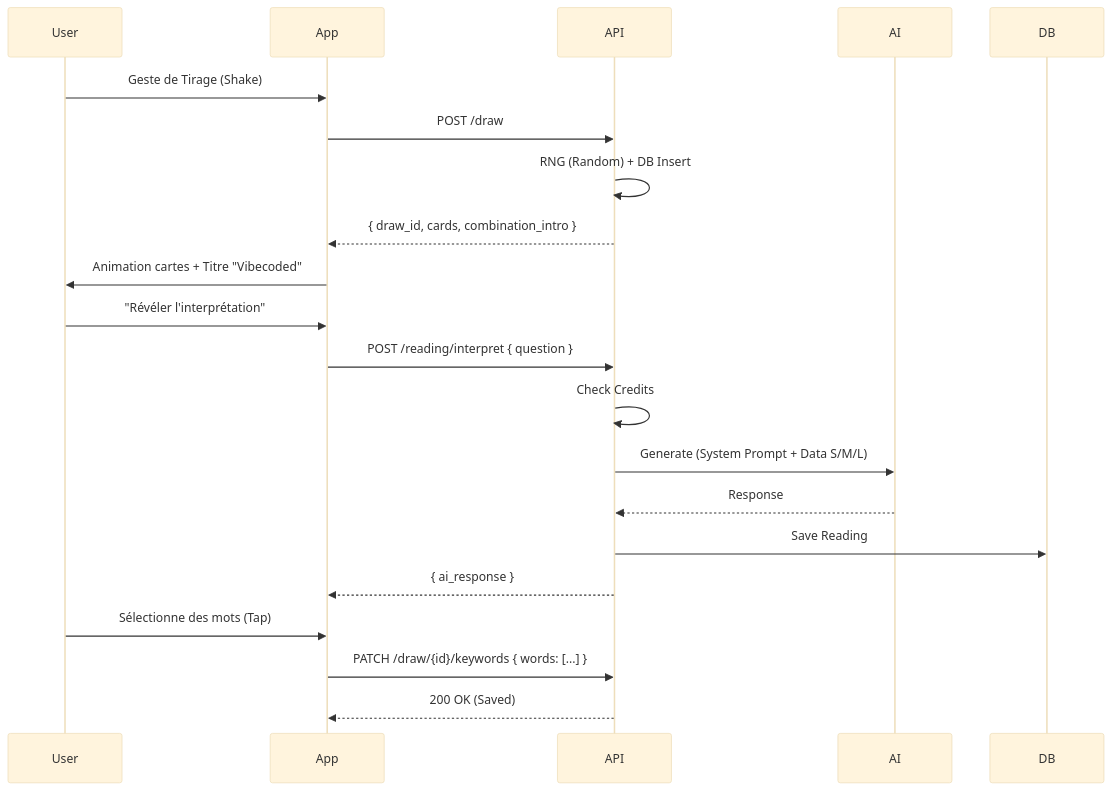
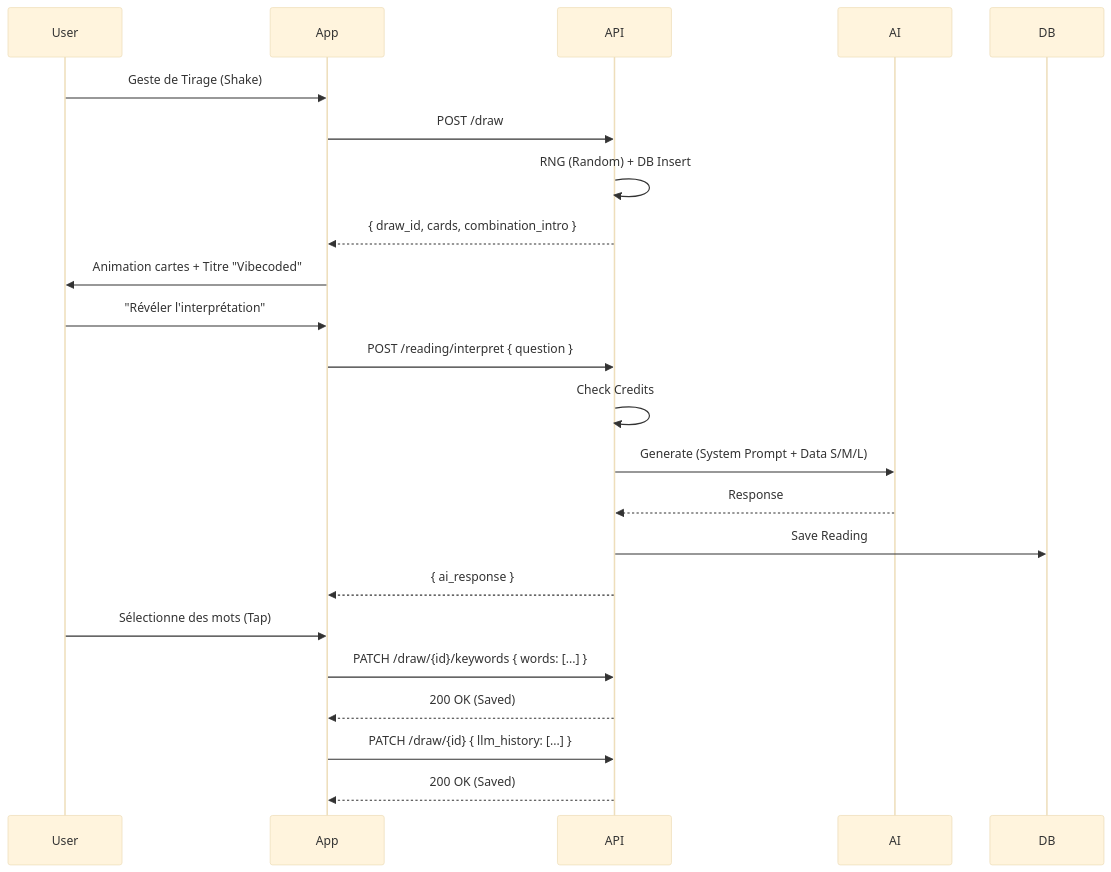
One commit to fnajman/zohar-cards-antigravity changed the third of 3 diagrams in prd/Tech_Notice.md. Above: the diagram before and after it, drawn with Mermaid (base theme). The commit also changed other lines of this file and 2 other files, not shown here.

Commit message:
docs: update memory and Tech_Notice for draw endpoints and bump version to v0.29

````diff
--- a/prd/Tech_Notice.md
+++ b/prd/Tech_Notice.md
@@ -233,30 +233,34 @@
 ```mermaid
 sequenceDiagram
     participant User
     participant App
     participant API
     participant AI
     
     %% RITUEL (DRAW)
     User->>App: Geste de Tirage (Shake)
     App->>API: POST /draw
     API->>API: RNG (Random) + DB Insert
     API-->>App: { draw_id, cards, combination_intro }
     
     App->>User: Animation cartes + Titre "Vibecoded"
     
     %% INTELLIGENCE (READING)
     User->>App: "Révéler l'interprétation"
     App->>API: POST /reading/interpret { question }
     
     API->>API: Check Credits
     API->>AI: Generate (System Prompt + Data S/M/L)
     AI-->>API: Response
     API->>DB: Save Reading
     API-->>App: { ai_response }
     
     %% RÉSONANCE (KEYWORDS)
     User->>App: Sélectionne des mots (Tap)
     App->>API: PATCH /draw/{id}/keywords { words: [...] }
     API-->>App: 200 OK (Saved)
+    
+    %% MISE A JOUR HISTORIQUE
+    App->>API: PATCH /draw/{id} { llm_history: [...] }
+    API-->>App: 200 OK (Saved)
 ```
````
